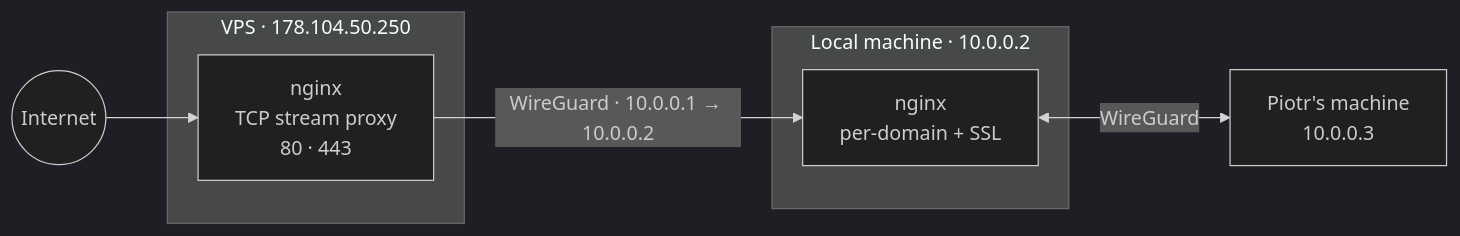
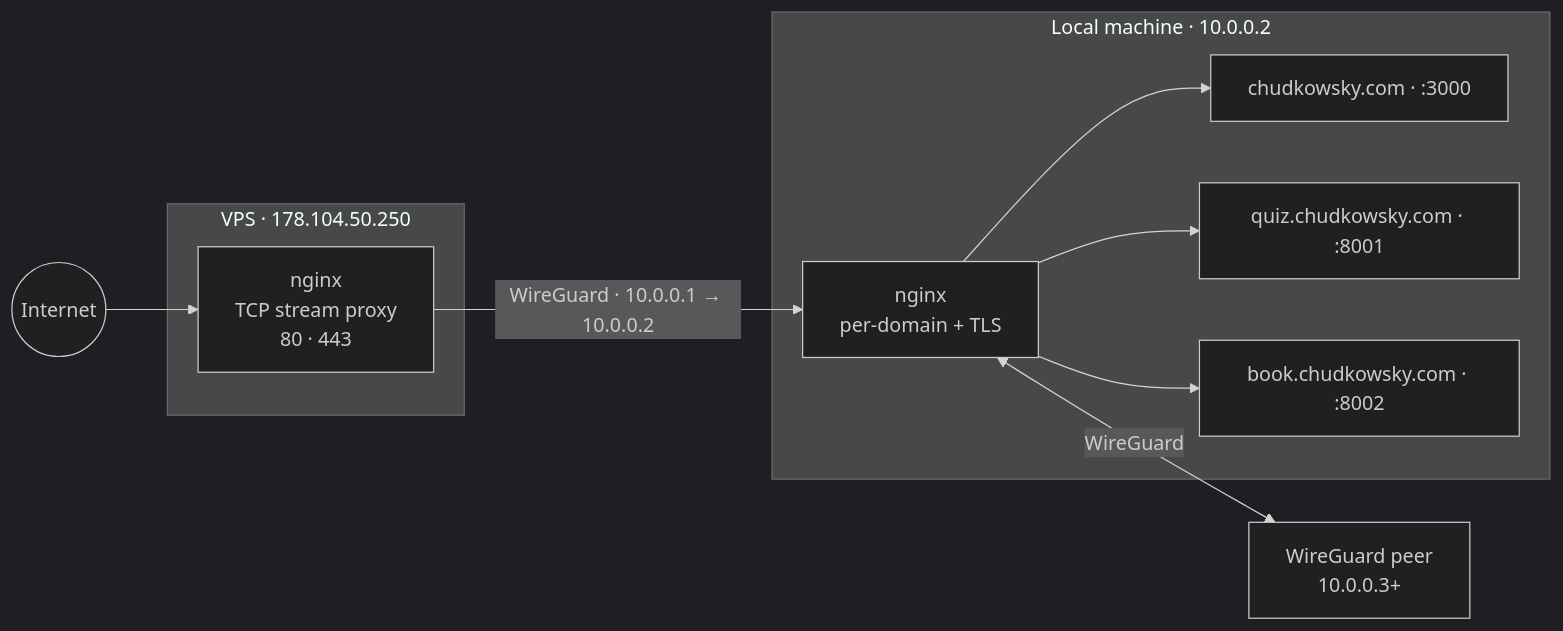
Before and after one commit to chudkowsky/homelab-infra: the diagram in README.md, drawn with Mermaid (dark theme).

Commit message:
docs: update topology diagram with services, TLS fix, generic peer
- Add services to diagram
- Fix SSL → TLS
- Rename Piotr's machine to generic WireGuard peer

````diff
--- a/README.md
+++ b/README.md
@@ -17,18 +17,24 @@
 ```mermaid
 graph LR
     Internet((Internet))
 
     subgraph VPS ["VPS · 178.104.50.250"]
         nginx_vps["nginx\nTCP stream proxy\n80 · 443"]
     end
 
     subgraph Local ["Local machine · 10.0.0.2"]
-        nginx_local["nginx\nper-domain + SSL"]
+        nginx_local["nginx\nper-domain + TLS"]
+        s1["chudkowsky.com · :3000"]
+        s2["quiz.chudkowsky.com · :8001"]
+        s3["book.chudkowsky.com · :8002"]
     end
 
-    Piotr["Piotr's machine\n10.0.0.3"]
+    Peer["WireGuard peer\n10.0.0.3+"]
 
     Internet --> nginx_vps
     nginx_vps -->|WireGuard · 10.0.0.1 → 10.0.0.2| nginx_local
-    nginx_local <-->|WireGuard| Piotr
+    nginx_local --> s1
+    nginx_local --> s2
+    nginx_local --> s3
+    nginx_local <-->|WireGuard| Peer
 ```
````
